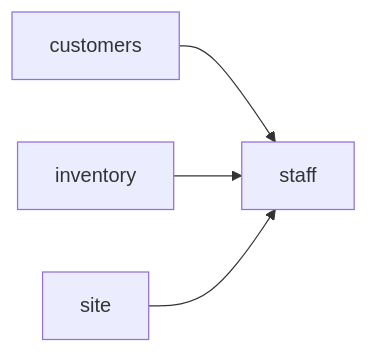
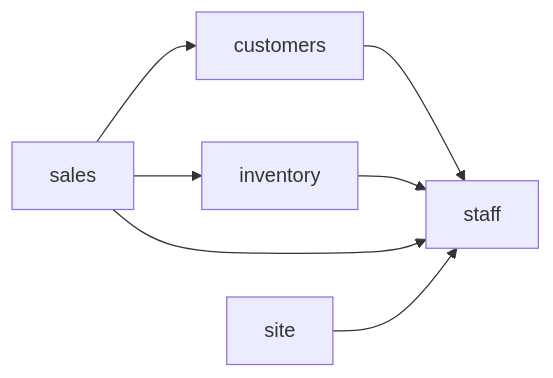
The diagram in docs/wiki/README.md (Ignibyte/aic-demo), drawn with Mermaid before and after one commit. The commit also changed other lines of this file and 100 other files, not shown here.

````diff
--- a/docs/wiki/README.md
+++ b/docs/wiki/README.md
@@ -53,7 +54,10 @@
 ```mermaid
 graph LR
     staff
     customers --> staff
     inventory --> staff
+    sales --> inventory
+    sales --> customers
+    sales --> staff
     site --> staff
 ```
````
